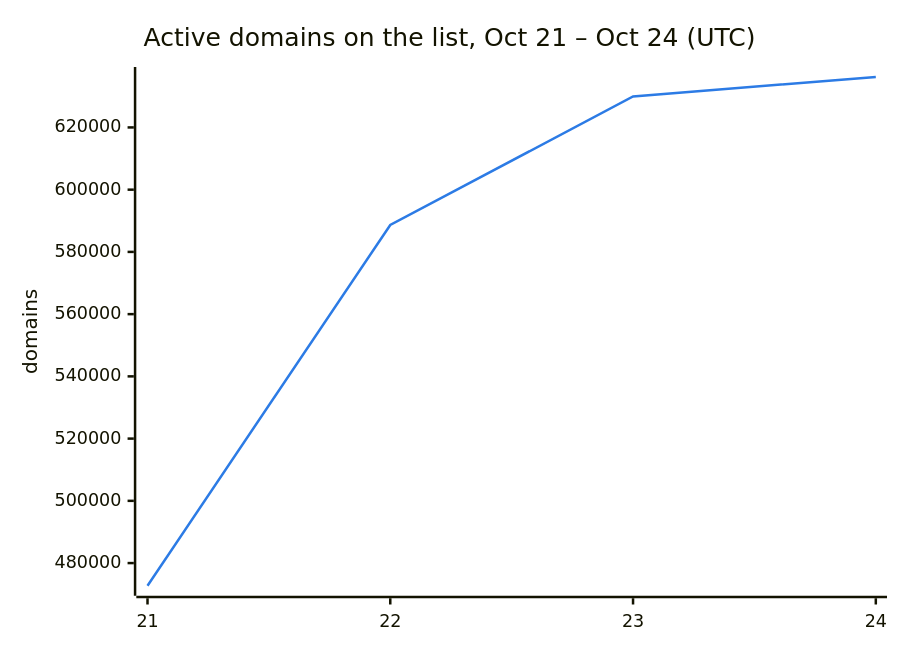
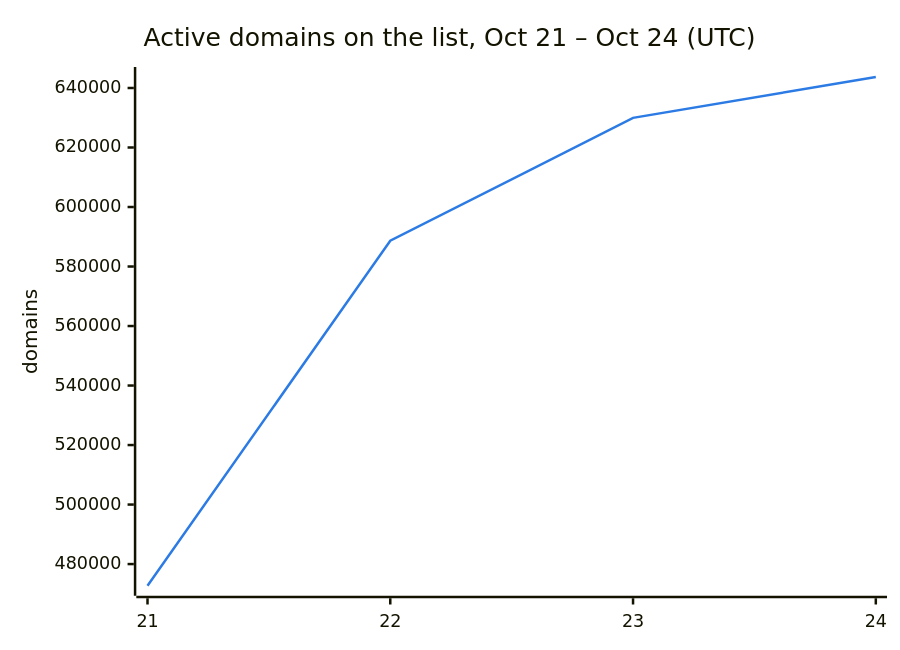
The second of 3 diagrams in README.md (DNSBunker/CTI), drawn with Mermaid before and after one commit. The commit also changed other lines of this file and 3 other files, not shown here.

````diff
--- a/README.md
+++ b/README.md
@@ -38,8 +38,8 @@
 ```mermaid
 %%{init: {"themeVariables": {"xyChart": {"plotColorPalette": "#2c7be5"}}}}%%
 xychart-beta
     title "Active domains on the list, Oct 21 – Oct 24 (UTC)"
     x-axis ["21", "22", "23", "24"]
     y-axis "domains"
-    line [472713, 588659, 629951, 636207]
+    line [472713, 588659, 629951, 643692]
 ```
````
